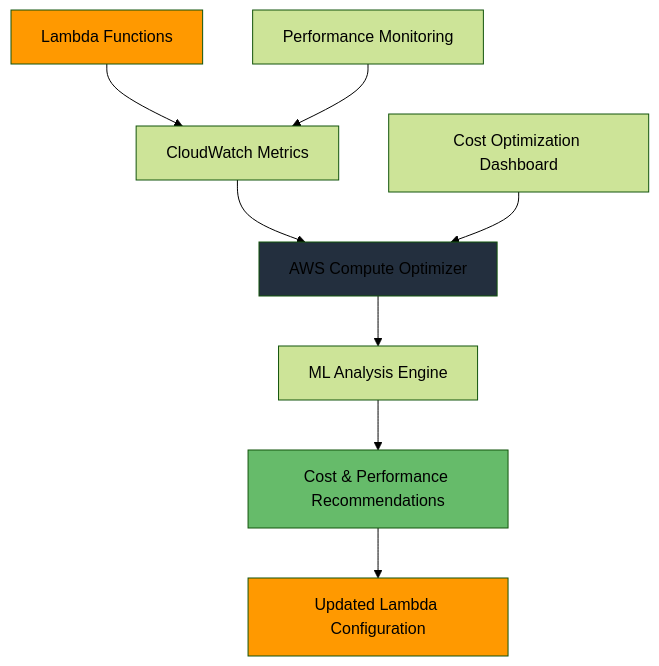
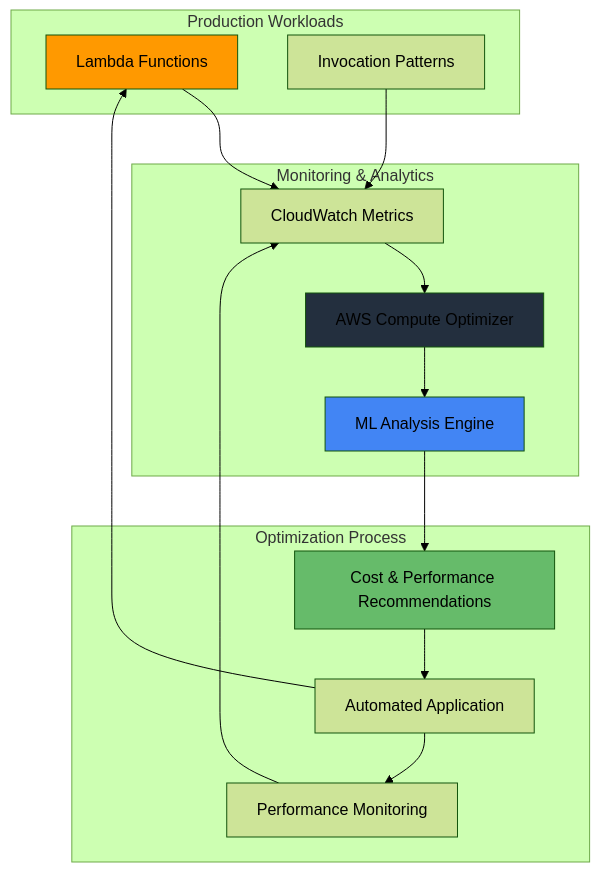
One commit to mzazon/awesome-cloud-projects changed the diagram in aws/lambda-cost-optimization/lambda-cost-optimization.md. Above: the diagram before and after it, drawn with Mermaid (forest theme). The commit also changed other lines of this file and 5581 other files, not shown here.

````diff
--- a/aws/lambda-cost-optimization/lambda-cost-optimization.md
+++ b/aws/lambda-cost-optimization/lambda-cost-optimization.md
@@ -30,16 +30,34 @@
 ```mermaid
 graph TB
-    A[Lambda Functions] --> B[CloudWatch Metrics]
-    B --> C[AWS Compute Optimizer]
-    C --> D[ML Analysis Engine]
-    D --> E[Cost & Performance Recommendations]
-    E --> F[Updated Lambda Configuration]
+    subgraph "Production Workloads"
+        A[Lambda Functions]
+        H[Invocation Patterns]
+    end
     
-    G[Cost Optimization Dashboard] --> C
-    H[Performance Monitoring] --> B
+    subgraph "Monitoring & Analytics"
+        B[CloudWatch Metrics]
+        C[AWS Compute Optimizer]
+        D[ML Analysis Engine]
+    end
     
-    style A fill:#ff9900
-    style C fill:#232f3e
-    style E fill:#66bb6a
-    style F fill:#ff9900
+    subgraph "Optimization Process"
+        E[Cost & Performance Recommendations]
+        F[Automated Application]
+        G[Performance Monitoring]
+    end
+    
+    A --> B
+    H --> B
+    B --> C
+    C --> D
+    D --> E
+    E --> F
+    F --> A
+    F --> G
+    G --> B
+    
+    style A fill:#FF9900
+    style C fill:#232F3E
+    style E fill:#66BB6A
+    style D fill:#4285F4
 ```
````
